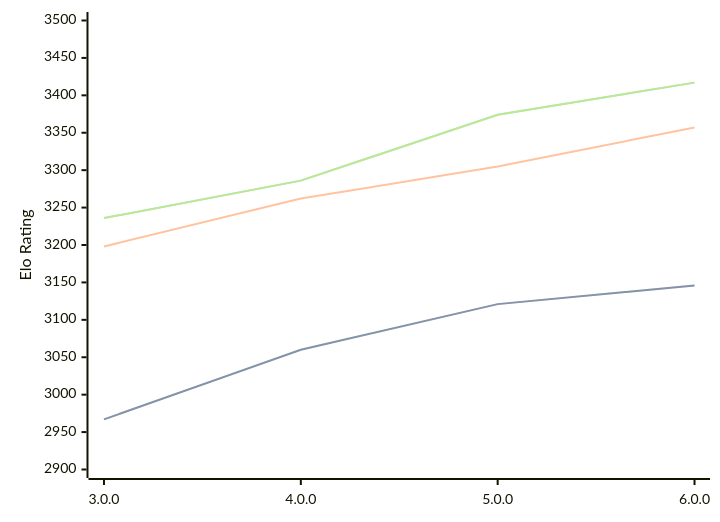
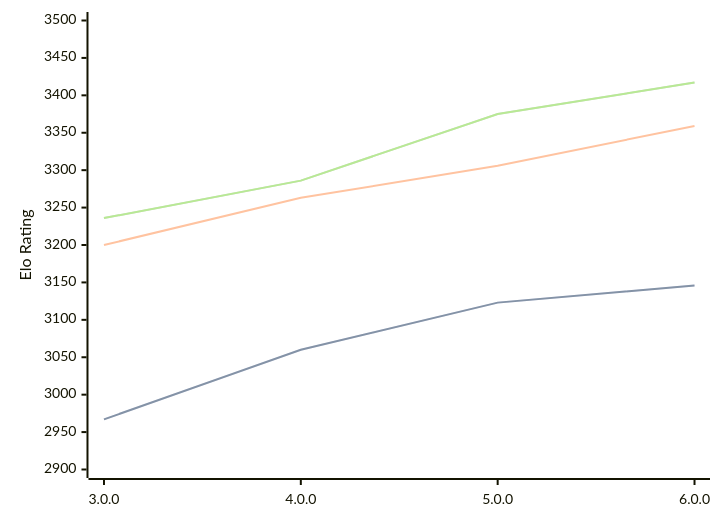
The diagram in engines/Minke.md (computer-chess-index/cci), drawn with Mermaid before and after one commit. The commit also changed other lines of this file, not shown here.

Commit message:
Update CCI Ratings (ELO VLTC) - 2026-07-29

````diff
--- a/engines/Minke.md
+++ b/engines/Minke.md
@@ -36,11 +36,11 @@
 ```mermaid
 %%{init: {"theme":"base","themeVariables":{"seriesColors:['#a3a3a3','#222221','#faa371']}}}%%
 xychart-beta
   x-axis ["3.0.0", "4.0.0", "5.0.0", "6.0.0"]
   y-axis "Elo Rating" 2900 --> 3500
-  line "STC (8.0+0.08s)" [2967, 3060, 3121, 3146]
-  line "STC (8.0+0.08s)" [2967, 3060, 3121, 3146]
-  line "LTC (60.0+0.60s)" [3198, 3262, 3305, 3357]
-  line "VLTC (2m24s+1.12s)" [3236, 3286, 3374, 3417]
-  line "VLTC (2m24s+1.12s)" [3236, 3286, 3374, 3417]
+  line "STC (8.0+0.08s)" [2967, 3060, 3123, 3146]
+  line "STC (8.0+0.08s)" [2967, 3060, 3123, 3146]
+  line "LTC (60.0+0.60s)" [3200, 3263, 3306, 3359]
+  line "VLTC (2m24s+1.12s)" [3236, 3286, 3375, 3417]
+  line "VLTC (2m24s+1.12s)" [3236, 3286, 3375, 3417]
 ```
````
